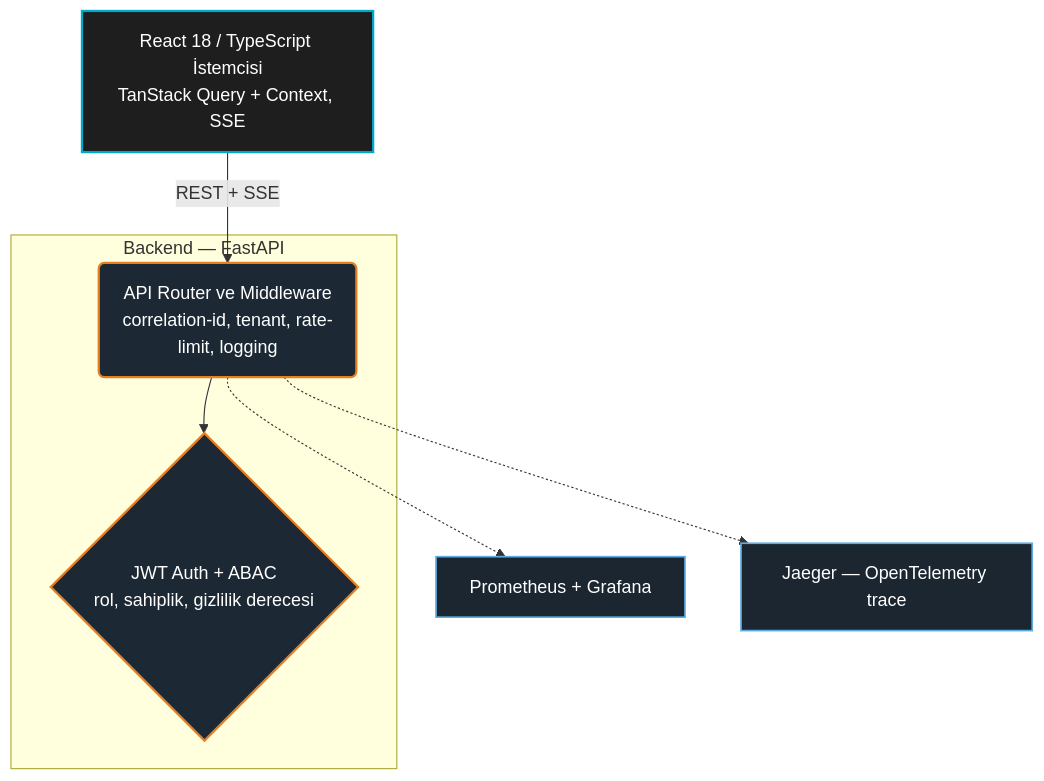
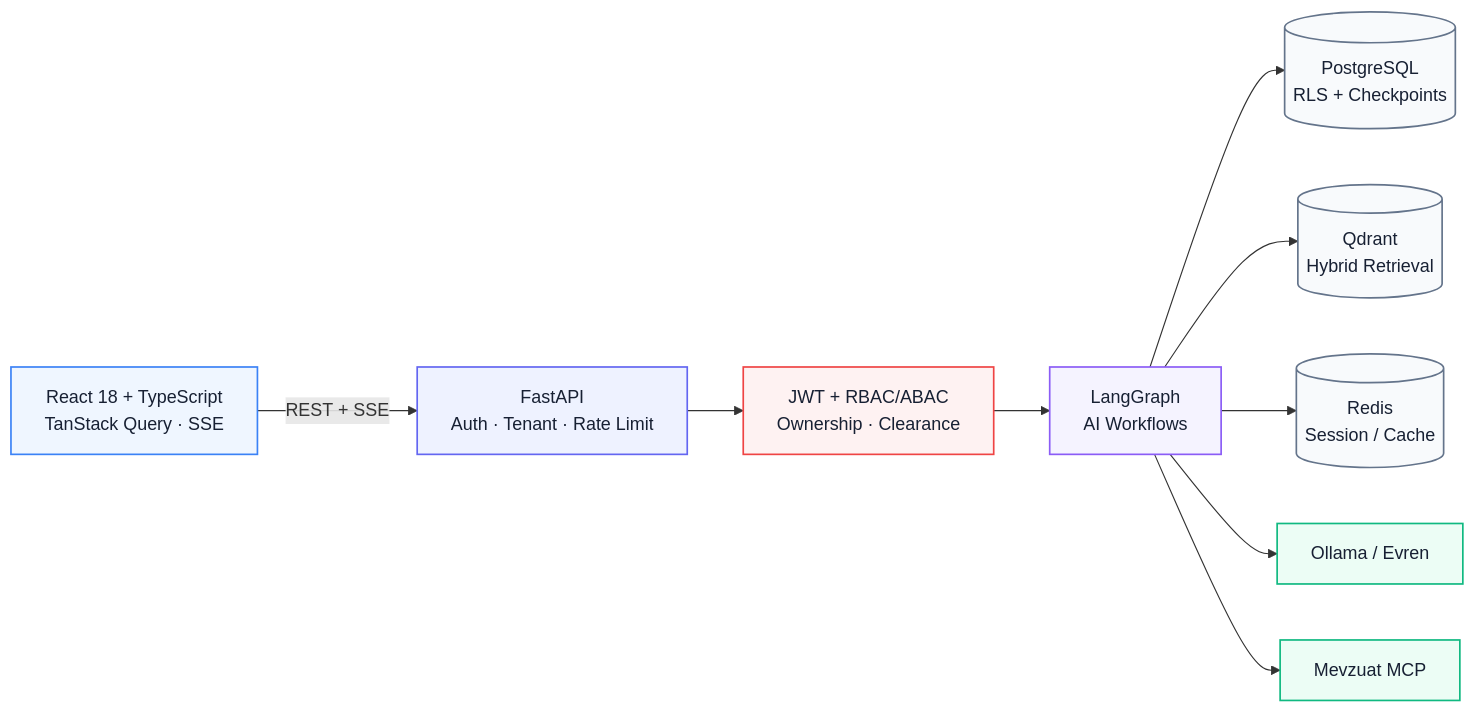
One commit to chyp3r/KACHOW-Teknofest-2026 changed the second of 9 diagrams in README.md. Above: the diagram before and after it, drawn with Mermaid. The commit also changed other lines of this file, not shown here.

Commit message:
update(readme): update the readme with better descriptions and diagrams

````diff
--- a/README.md
+++ b/README.md
@@ -171,21 +214,30 @@
 ```mermaid
-graph TD
-    classDef client fill:#1e1e1e,stroke:#00a8cc,stroke-width:2px,color:#fff;
-    classDef api fill:#1c2833,stroke:#e67e22,stroke-width:2px,color:#fff;
-    classDef obs fill:#1b2631,stroke:#5dade2,stroke-width:1.5px,color:#fff;
-    classDef guard fill:#7b241c,stroke:#e74c3c,stroke-width:2px,color:#fff;
+flowchart LR
+    classDef ui fill:#EFF6FF,stroke:#3B82F6,stroke-width:1.5px,color:#172033;
+    classDef api fill:#EEF2FF,stroke:#6366F1,stroke-width:1.5px,color:#172033;
+    classDef ai fill:#F5F3FF,stroke:#8B5CF6,stroke-width:1.5px,color:#172033;
+    classDef data fill:#F8FAFC,stroke:#64748B,stroke-width:1.5px,color:#172033;
+    classDef ext fill:#ECFDF5,stroke:#10B981,stroke-width:1.5px,color:#172033;
+    classDef safe fill:#FEF2F2,stroke:#EF4444,stroke-width:1.5px,color:#172033;
 
-    A[React 18 / TypeScript İstemcisi<br/>TanStack Query + Context, SSE]:::client -->|REST + SSE| B
+    FE[React 18 + TypeScript<br/>TanStack Query · SSE]:::ui
+    API[FastAPI<br/>Auth · Tenant · Rate Limit]:::api
+    AUTH[JWT + RBAC/ABAC<br/>Ownership · Clearance]:::safe
+    LG[LangGraph<br/>AI Workflows]:::ai
 
-    subgraph "Backend — FastAPI"
-        B(API Router ve Middleware<br/>correlation-id, tenant, rate-limit, logging):::api
-        C{JWT Auth + ABAC<br/>rol, sahiplik, gizlilik derecesi}:::api
-        B --> C
-    end
+    PG[(PostgreSQL<br/>RLS + Checkpoints)]:::data
+    QD[(Qdrant<br/>Hybrid Retrieval)]:::data
+    RD[(Redis<br/>Session / Cache)]:::data
 
-    O2[Prometheus + Grafana]:::obs
-    O3[Jaeger — OpenTelemetry trace]:::obs
-    
-    B -.-> O2
-    B -.-> O3
+    LLM[Ollama / Evren]:::ext
+    MCP[Mevzuat MCP]:::ext
+
+    FE -->|REST + SSE| API
+    API --> AUTH --> LG
+
+    LG --> PG
+    LG --> QD
+    LG --> RD
+    LG --> LLM
+    LG --> MCP
 ```
````
